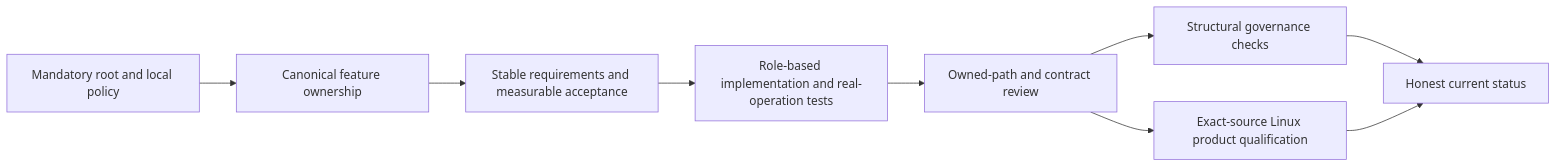
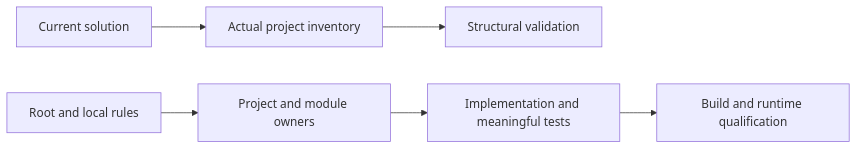
One commit to managedcode/KeyLoad changed the diagram in docs/ADR/ADR-032-mcaf-governance.md. Above: the diagram before and after it, drawn with Mermaid. The commit also changed other lines of this file and 7356 other files, not shown here.

````diff
--- a/docs/ADR/ADR-032-mcaf-governance.md
+++ b/docs/ADR/ADR-032-mcaf-governance.md
@@ -50,11 +17,8 @@
 ```mermaid
 flowchart LR
-    Policy[Mandatory root and local policy] --> Slice[Canonical feature ownership]
-    Slice --> Contract[Stable requirements and measurable acceptance]
-    Contract --> Source[Role-based implementation and real-operation tests]
-    Source --> Review[Owned-path and contract review]
-    Review --> Governance[Structural governance checks]
-    Review --> Qualification[Exact-source Linux product qualification]
-    Governance --> Status[Honest current status]
-    Qualification --> Status
+    Rules[Root and local rules] --> Owners[Project and module owners]
+    Solution[Current solution] --> Inventory[Actual project inventory]
+    Inventory --> Check[Structural validation]
+    Owners --> Source[Implementation and meaningful tests]
+    Source --> Evidence[Build and runtime qualification]
 ```
````
